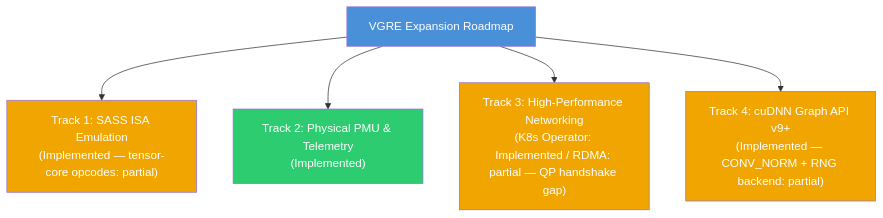
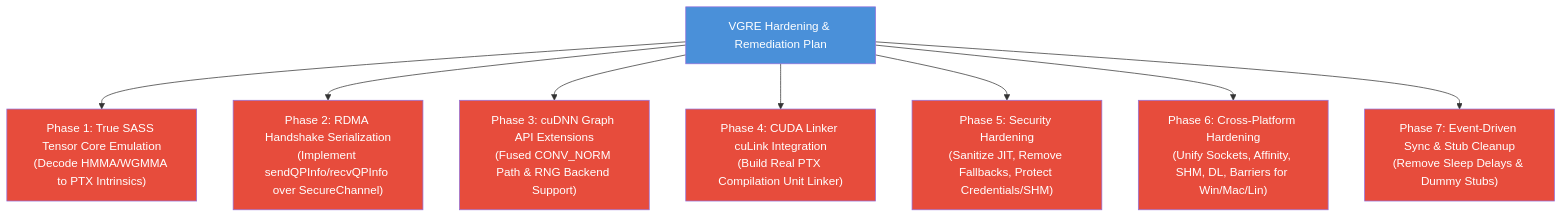
One commit to etienne0114/vgre changed the diagram in docs/implementationPlan.md. Above: the diagram before and after it, drawn with Mermaid. The commit also changed other lines of this file and 1 other file, not shown here.

````diff
--- a/docs/implementationPlan.md
+++ b/docs/implementationPlan.md
@@ -13,13 +9,19 @@
 ```mermaid
 graph TD
-    A["VGRE Expansion Roadmap"] --> B["Track 1: SASS ISA Emulation\n(Implemented — tensor-core opcodes: partial)"]
-    A --> C["Track 2: Physical PMU & Telemetry\n(Implemented)"]
-    A --> D["Track 3: High-Performance Networking\n(K8s Operator: Implemented / RDMA: partial — QP handshake gap)"]
-    A --> E["Track 4: cuDNN Graph API v9+\n(Implemented — CONV_NORM + RNG backend: partial)"]
+    A["VGRE Hardening & Remediation Plan"] --> B["Phase 1: True SASS Tensor Core Emulation\n(Decode HMMA/WGMMA to PTX Intrinsics)"]
+    A --> C["Phase 2: RDMA Handshake Serialization\n(Implement sendQPInfo/recvQPInfo over SecureChannel)"]
+    A --> D["Phase 3: cuDNN Graph API Extensions\n(Fused CONV_NORM Path & RNG Backend Support)"]
+    A --> E["Phase 4: CUDA Linker cuLink Integration\n(Build Real PTX Compilation Unit Linker)"]
+    A --> F["Phase 5: Security Hardening\n(Sanitize JIT, Remove Fallbacks, Protect Credentials/SHM)"]
+    A --> G["Phase 6: Cross-Platform Hardening\n(Unify Sockets, Affinity, SHM, DL, Barriers for Win/Mac/Lin)"]
+    A --> H["Phase 7: Event-Driven Sync & Stub Cleanup\n(Remove Sleep Delays & Dummy Stubs)"]
 
     style A fill:#4a90d9,color:#fff
-    style B fill:#f0a500,color:#fff
-    style C fill:#2ecc71,color:#fff
-    style D fill:#f0a500,color:#fff
-    style E fill:#f0a500,color:#fff
+    style B fill:#e74c3c,color:#fff
+    style C fill:#e74c3c,color:#fff
+    style D fill:#e74c3c,color:#fff
+    style E fill:#e74c3c,color:#fff
+    style F fill:#e74c3c,color:#fff
+    style G fill:#e74c3c,color:#fff
+    style H fill:#e74c3c,color:#fff
 ```
````
